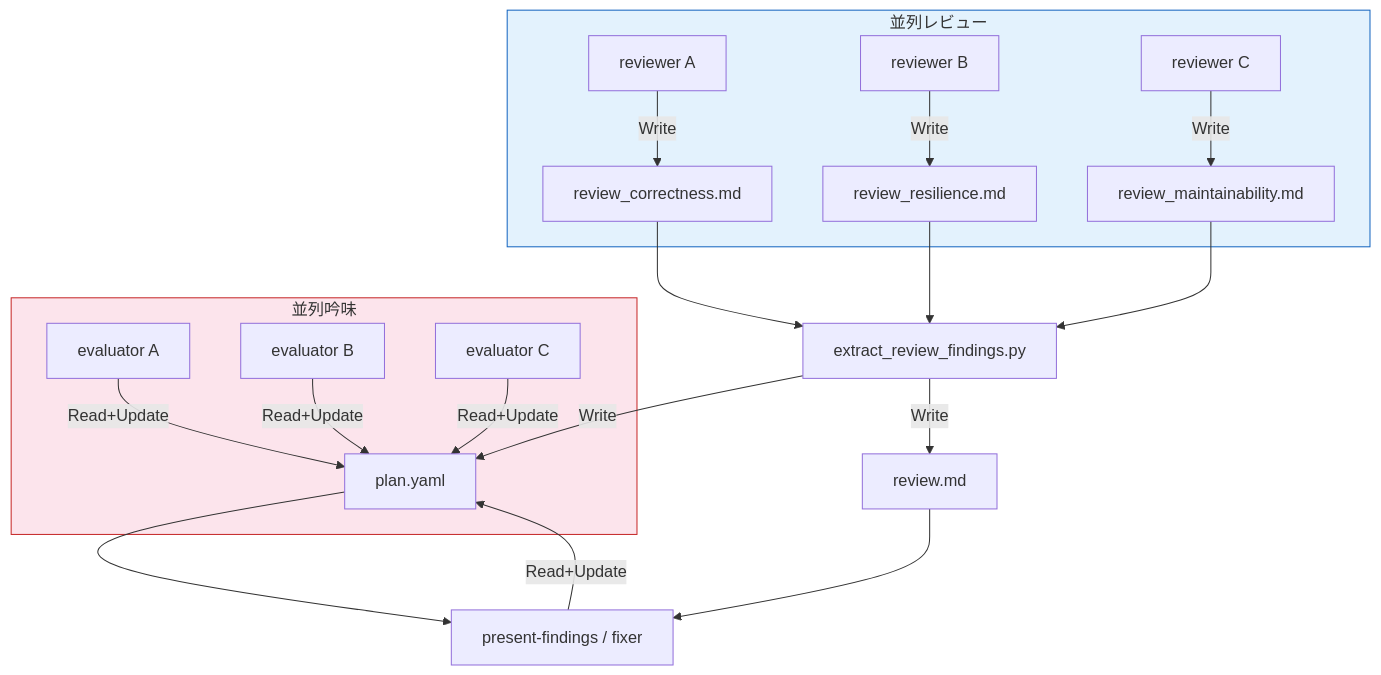
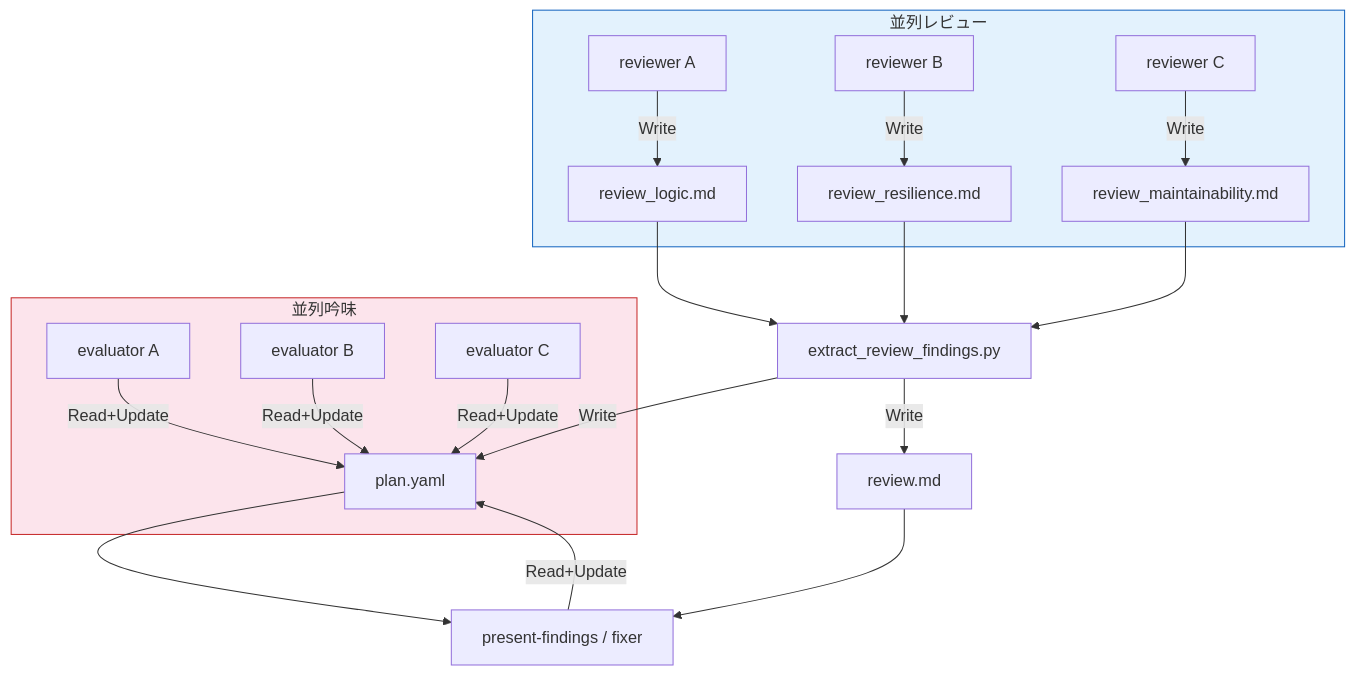
One commit to BlueEventHorizon/bw-cc-plugins changed the diagram in docs/specs/forge/design/review_perspective_split_design.md. Above: the diagram before and after it, drawn with Mermaid. The commit also changed other lines of this file and 10 other files, not shown here.

````diff
--- a/docs/specs/forge/design/review_perspective_split_design.md
+++ b/docs/specs/forge/design/review_perspective_split_design.md
@@ -214,24 +214,24 @@
 ```mermaid
 flowchart TD
     subgraph Parallel_Review [並列レビュー]
-        R1[reviewer A] -->|Write| RA[review_correctness.md]
+        R1[reviewer A] -->|Write| RA[review_logic.md]
         R2[reviewer B] -->|Write| RB[review_resilience.md]
         R3[reviewer C] -->|Write| RC[review_maintainability.md]
     end
 
     RA & RB & RC --> EXT[extract_review_findings.py]
     EXT -->|Write| PY[plan.yaml]
     EXT -->|Write| RM[review.md]
 
     subgraph Parallel_Eval [並列吟味]
         E1[evaluator A] -->|Read+Update| PY
         E2[evaluator B] -->|Read+Update| PY
         E3[evaluator C] -->|Read+Update| PY
     end
 
     PY & RM --> PF[present-findings / fixer]
     PF -->|Read+Update| PY
 
     style Parallel_Review fill:#e3f2fd,stroke:#1565c0
     style Parallel_Eval fill:#fce4ec,stroke:#c62828
 ```
````
